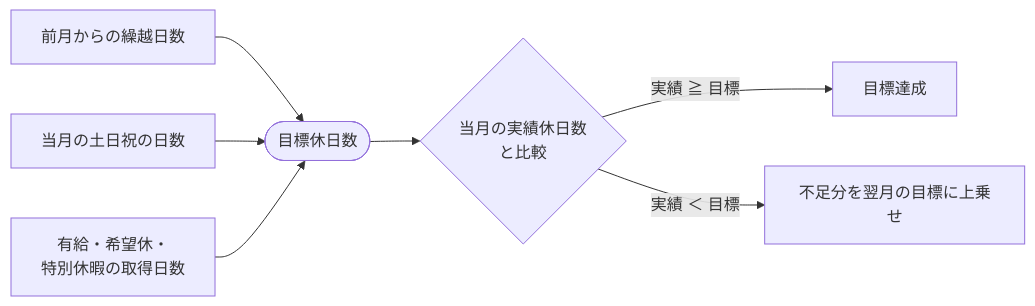
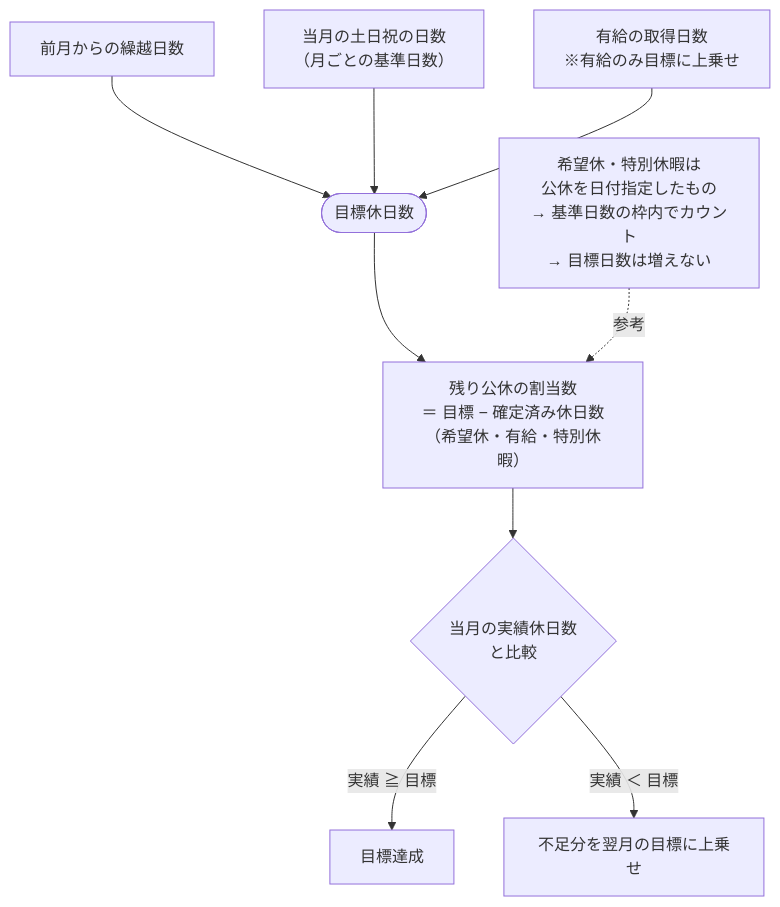
One commit to takeishi-g/shift-create-app changed the fourth of 4 diagrams in docs/algorithm-diagram.md. Above: the diagram before and after it, drawn with Mermaid. The commit also changed 1 other file, not shown here.

Commit message:
希望休表示修正

````diff
--- a/docs/algorithm-diagram.md
+++ b/docs/algorithm-diagram.md
@@ -174,10 +174,16 @@
 ```mermaid
-flowchart LR
-    A["前月からの繰越日数"] --> SUM(["目標休日数"])
-    B["当月の土日祝の日数"] --> SUM
-    C["有給・希望休・\n特別休暇の取得日数"] --> SUM
+flowchart TD
+    A["前月からの繰越日数"] --> SUM
+    B["当月の土日祝の日数\n（月ごとの基準日数）"] --> SUM
+    C["有給の取得日数\n※有給のみ目標に上乗せ"] --> SUM
+    SUM(["目標休日数"])
 
-    SUM --> CMP{"当月の実績休日数\nと比較"}
+    NOTE["希望休・特別休暇は\n公休を日付指定したもの\n→ 基準日数の枠内でカウント\n→ 目標日数は増えない"]
+
+    SUM --> CALC["残り公休の割当数\n＝ 目標 − 確定済み休日数\n（希望休・有給・特別休暇）"]
+    NOTE -.->|"参考"| CALC
+
+    CALC --> CMP{"当月の実績休日数\nと比較"}
     CMP -->|"実績 ≧ 目標"| OK["目標達成"]
     CMP -->|"実績 ＜ 目標"| NG["不足分を翌月の目標に上乗せ"]
 ```
````
